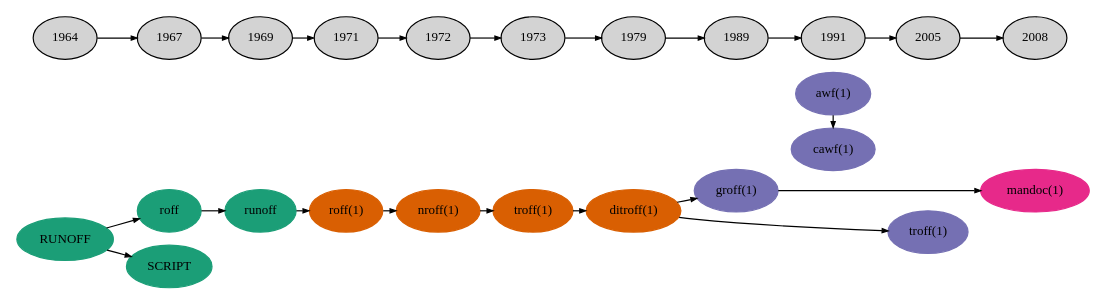
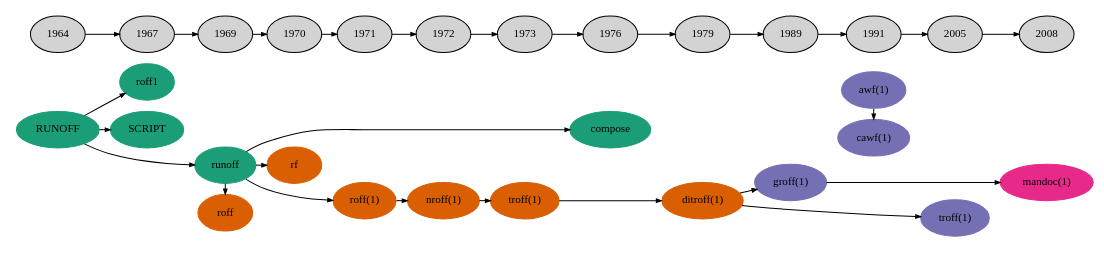
The diagram in history.dot (kristapsdz/manpages), drawn with Graphviz before and after one commit. The commit also changed 1 other file, not shown here.

Commit message:
Adding Kernighan's roff and Thompson's rf, as well as Wallman's (?) compose.

```diff
--- a/history.dot
+++ b/history.dot
@@ -1,68 +1,72 @@
 /*	$Id$ */
 digraph manpages {
 	rankdir=LR;
 	size="9,18";
 	ranksep=0.15;
 	nodesep=0.15;
 
 	node [shape=ellipse,fontsize=11,colorscheme=dark24,style=filled];
 	edge [arrowhead=normal,arrowsize=0.5];
 
 	subgraph { 
 		node [color=1];
 		runoff1 [label="RUNOFF" URL="#x1964_RUNOFF"];
-		runoff2 [label="roff" URL="#x1967_roff"];
+		runoff2 [label="roff1" URL="#x1967_roff"];
 		script [label="SCRIPT" URL="#x1967_SCRIPT"];
 		runoff3 [label="runoff" URL="#x1969"]; 
+		compose [label="compose" URL="#x1976_compose"]; 
 	}
 
 	subgraph {
 		node [color=2];
-		roff [label="roff(1)" URL="#x1971"];
+		rf [label="rf" URL="#x1970_rf"];
+		roff1 [label="roff(1)" URL="#x1971"];
+		roff2 [label="roff" URL="#x1969"];
 		nroff [label="nroff(1)" URL="#x1972"];
 		troff [label="troff(1)" URL="#x1973"];
 		ditroff [label="ditroff(1)" URL="#x1979"];
 	}
 
 	subgraph {
 		node [color=3];
 		groff [label="groff(1)" URL="#x1989_groff"];
 		awf [label="awf(1)" URL="#x1991_awf"];
 		cawf [label="cawf(1)" URL="#x1991_cawf"];
 		htroff [label="troff(1)" URL="#x2005_troff"];
 	}
 
 	subgraph {
 		node [color=4];
 		mandoc [label="mandoc(1)" URL="#x2008_mandoc"];
 	}
 
-	runoff1 -> runoff2 -> runoff3;
-	runoff1 -> script;
-	runoff3 -> roff;
-	roff -> nroff;
+	runoff1 -> { runoff2 runoff3 script };
+	runoff3 -> { roff1 compose rf roff2 };
+	roff1 -> nroff;
 	nroff -> troff;
 	troff -> ditroff;
 	ditroff -> groff;
 	ditroff -> htroff;
 	groff -> mandoc;
 	awf -> cawf;
 
 	subgraph {
-		1964 -> 1967 -> 1969 -> 1971 -> 1972 -> 1973 -> 1979 -> 
-		1989 -> 1991 -> 2005 -> 2008;
+		1964 -> 1967 -> 1969 -> 1970 -> 1971 -> 1972 -> 
+		1973 -> 1976 -> 1979 -> 1989 -> 1991 -> 2005 -> 2008;
 	}
 
 	{ rank = same; 1964 runoff1 };
 	{ rank = same; 1967 script runoff2 };
-	{ rank = same; 1969 runoff3 };
-	{ rank = same; 1971 roff };
+	{ rank = same; 1969 runoff3 roff2 };
+	{ rank = same; 1970 rf };
+	{ rank = same; 1971 roff1 };
 	{ rank = same; 1972 nroff };
 	{ rank = same; 1973 troff };
+	{ rank = same; 1976 compose };
 	{ rank = same; 1979 ditroff };
 	{ rank = same; 1989 groff };
 	{ rank = same; 1991 awf cawf };
 	{ rank = same; 2005 htroff };
 	{ rank = same; 2008 mandoc };
 
 }
```
